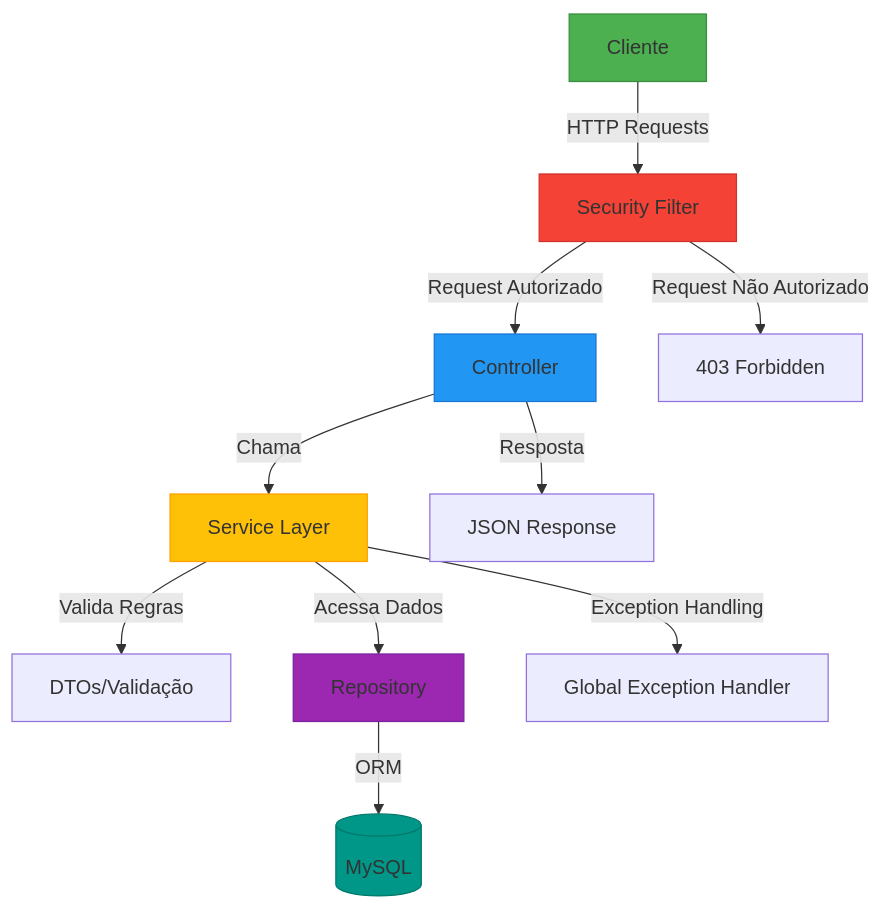
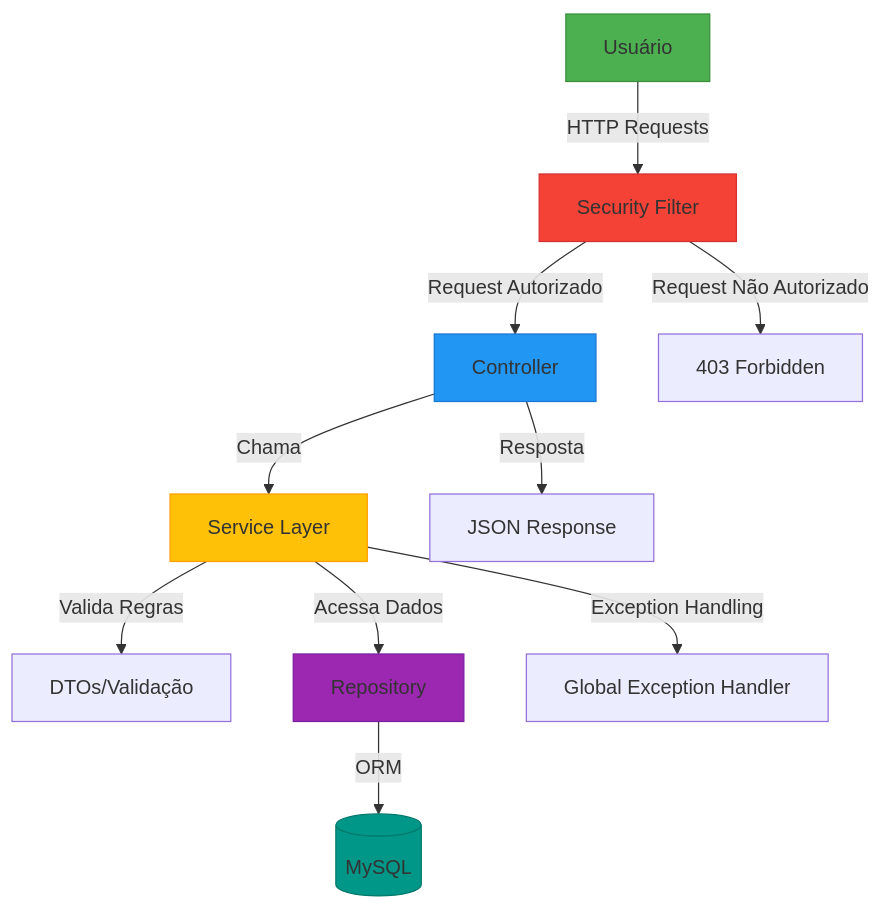
The diagram in README.md (gustavopecanhaa/PrimeOS-APIRestFul), drawn with Mermaid before and after one commit. The commit also changed other lines of this file, not shown here.

````diff
--- a/README.md
+++ b/README.md
@@ -110,19 +63,19 @@
 ```mermaid
 graph TD
-    A[Cliente] -->|HTTP Requests| B[Security Filter]
+    A[Usuário] -->|HTTP Requests| B[Security Filter]
     B -->|Request Autorizado| C[Controller]
     C -->|Chama| D[Service Layer]
     D -->|Valida Regras| E[DTOs/Validação]
     D -->|Acessa Dados| F[Repository]
     F -->|ORM| G[(MySQL)]
     D -->|Exception Handling| H[Global Exception Handler]
     C -->|Resposta| I[JSON Response]
     B -->|Request Não Autorizado| J[403 Forbidden]
     
     style A fill:#4CAF50,stroke:#388E3C
     style B fill:#F44336,stroke:#D32F2F
     style C fill:#2196F3,stroke:#1976D2
     style D fill:#FFC107,stroke:#FFA000
     style F fill:#9C27B0,stroke:#7B1FA2
     style G fill:#009688,stroke:#00796B
 ```
````
